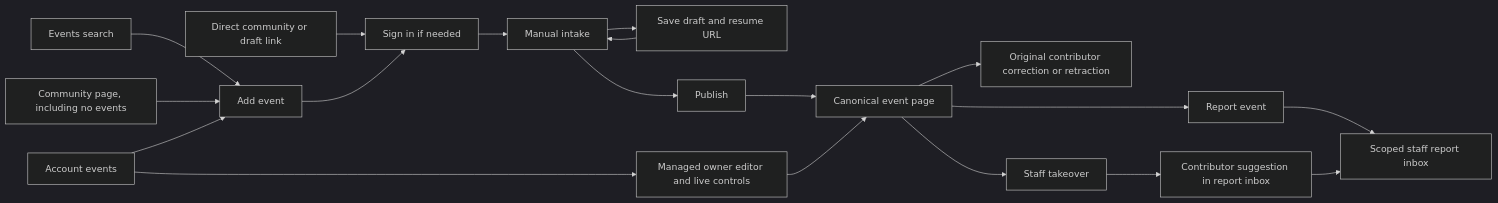
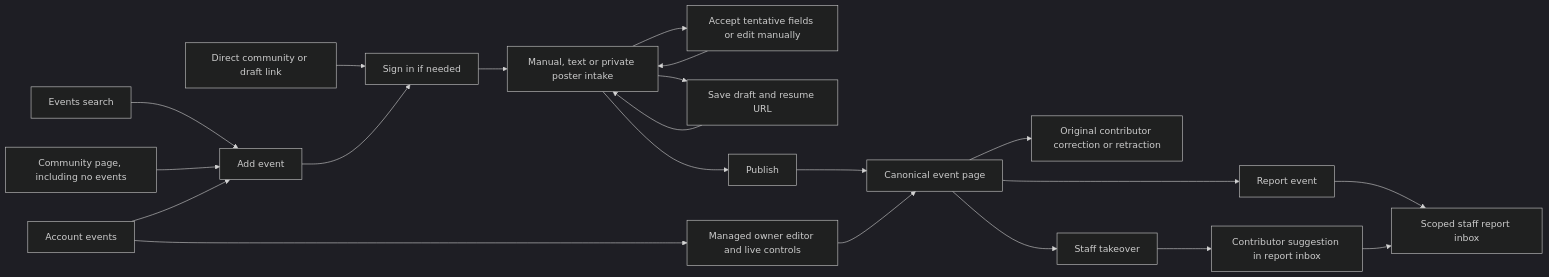
Before and after one commit to BASIC-BIT/VRDex: the diagram in docs/engineering/event-contribution-browser.md, drawn with Mermaid (dark theme). The commit also changed other lines of this file and 30 other files, not shown here.

````diff
--- a/docs/engineering/event-contribution-browser.md
+++ b/docs/engineering/event-contribution-browser.md
@@ -8,21 +8,23 @@
 ```mermaid
 flowchart LR
     Search[Events search] --> Add[Add event]
     Community[Community page, including no events] --> Add
     Account[Account events] --> Add
     Direct[Direct community or draft link] --> Auth[Sign in if needed]
     Add --> Auth
-    Auth --> Intake[Manual intake]
+    Auth --> Intake[Manual, text or private poster intake]
+    Intake --> Review[Accept tentative fields or edit manually]
+    Review --> Intake
     Intake --> Save[Save draft and resume URL]
     Save --> Intake
     Intake --> Publish[Publish]
     Publish --> Event[Canonical event page]
     Event --> Correct[Original contributor correction or retraction]
     Event --> Staff[Staff takeover]
     Staff --> Suggest[Contributor suggestion in report inbox]
     Event --> Report[Report event]
     Report --> Inbox[Scoped staff report inbox]
     Suggest --> Inbox
     Account --> Owner[Managed owner editor and live controls]
     Owner --> Event
 ```
````
